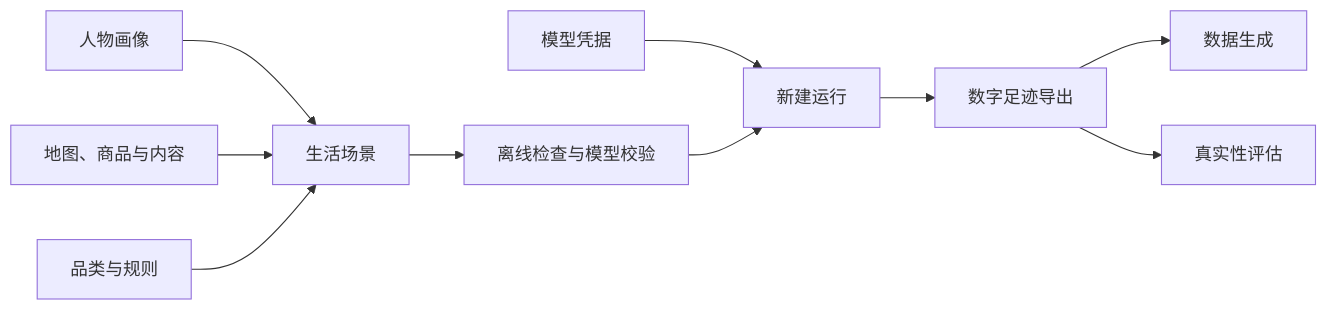
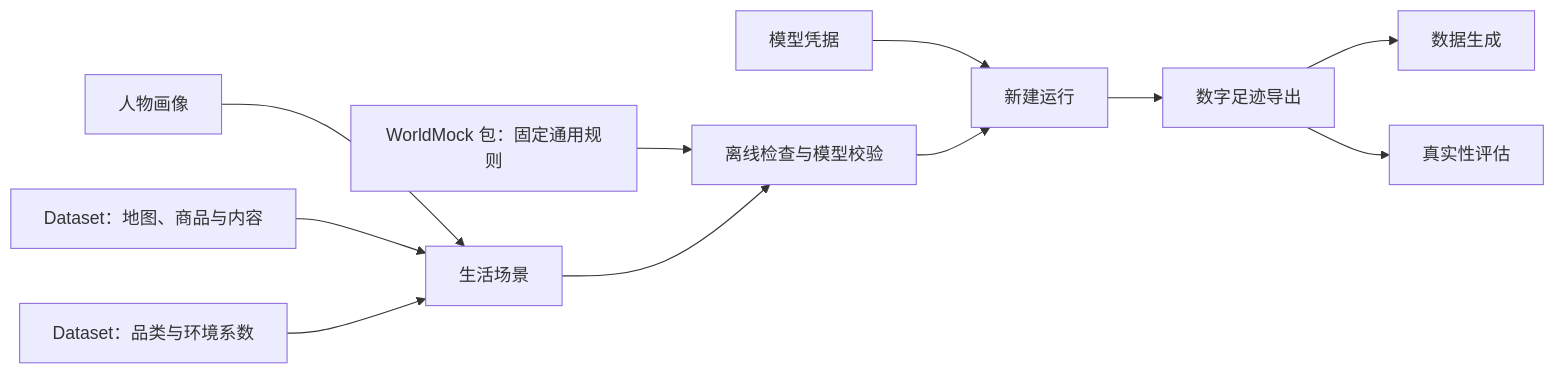
The diagram in docs/manual/README.md (HoldThatThgt/WorldMock), drawn with Mermaid before and after one commit. The commit also changed other lines of this file and 1231 other files, not shown here.

````diff
--- a/docs/manual/README.md
+++ b/docs/manual/README.md
@@ -26,12 +28,13 @@
 ```mermaid
 flowchart LR
     PERSON[人物画像] --> SCENE[生活场景]
-    WORLD[地图、商品与内容] --> SCENE
-    RULES[品类与规则] --> SCENE
+    WORLD[Dataset：地图、商品与内容] --> SCENE
+    RULES[Dataset：品类与环境系数] --> SCENE
+    PACKAGE[WorldMock 包：固定通用规则] --> CHECK
     SCENE --> CHECK[离线检查与模型校验]
     KEY[模型凭据] --> RUN[新建运行]
     CHECK --> RUN
     RUN --> EXPORT[数字足迹导出]
     EXPORT --> DATA[数据生成]
     EXPORT --> EVAL[真实性评估]
 ```
````
